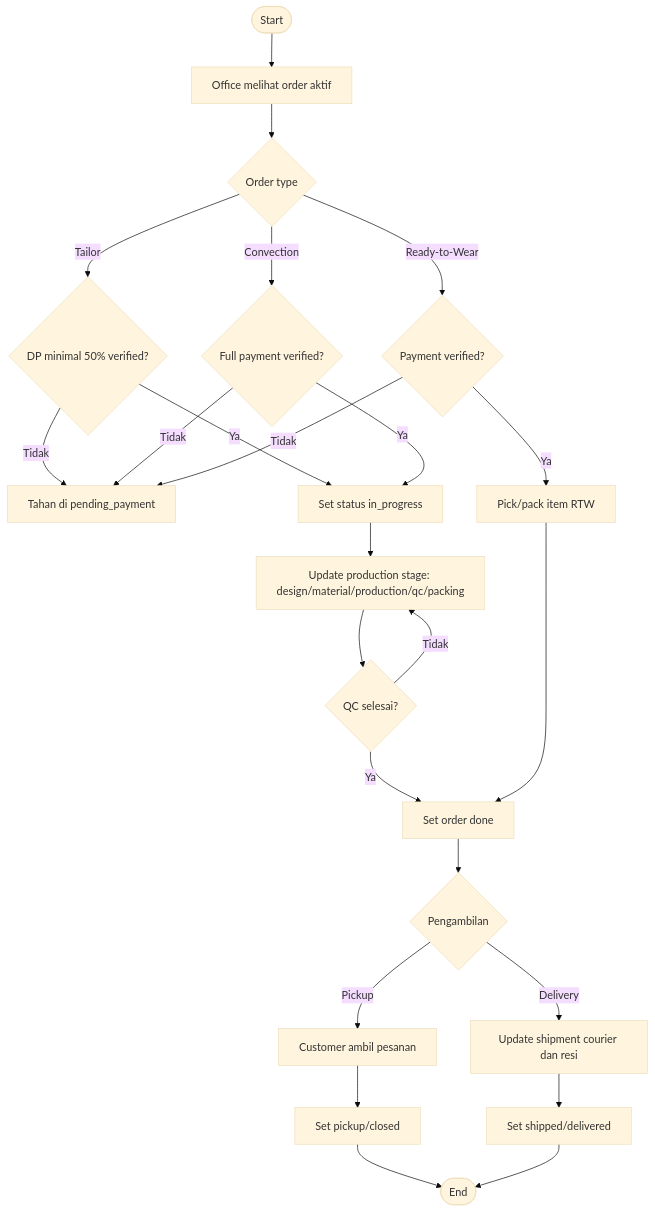
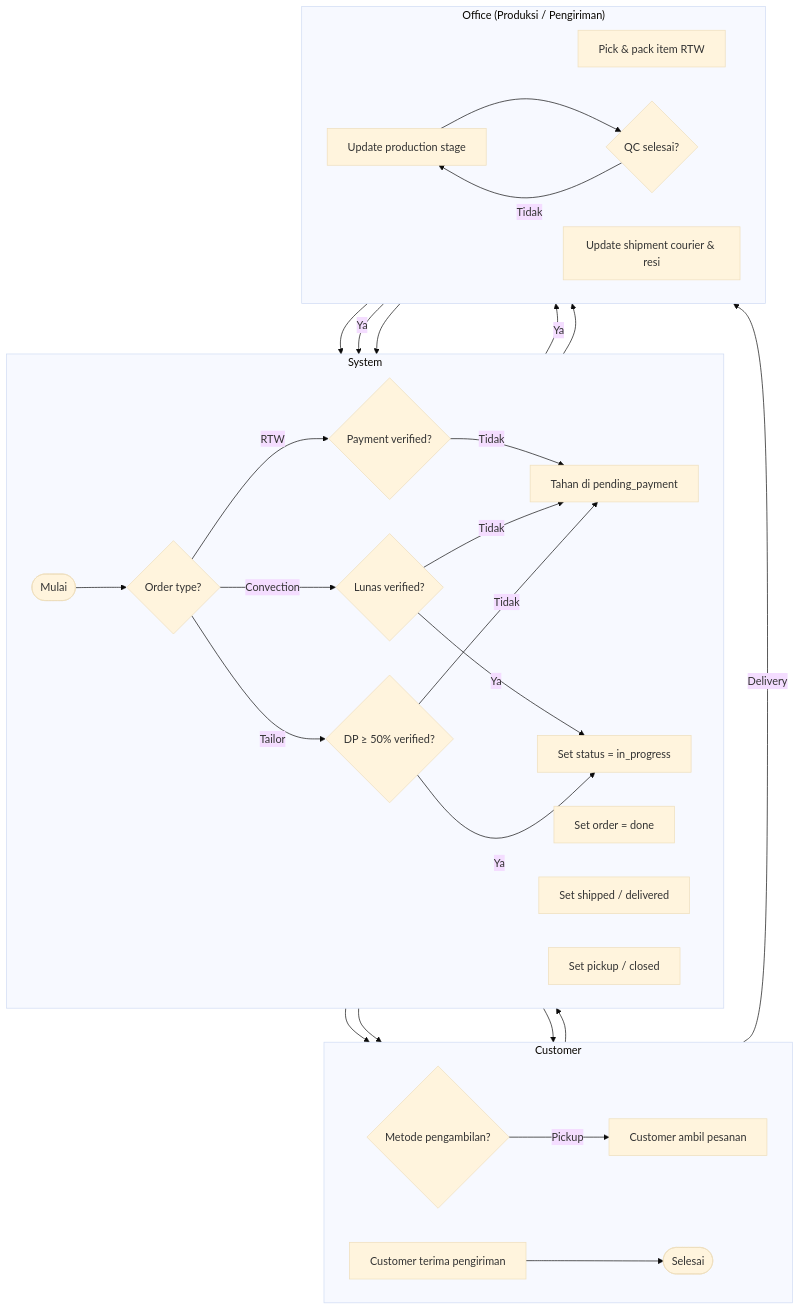
One commit to nabiilnuryassar/djaitin changed diagram 11 of 11 in docs/MVP-APP-UML-AND-USE-CASES.md. Above: the diagram before and after it, drawn with Mermaid (base theme). The commit also changed other lines of this file, not shown here.

First line of the commit message:
docs(uml): konversi activity diagram ke format swimlane Mermaid

````diff
--- a/docs/MVP-APP-UML-AND-USE-CASES.md
+++ b/docs/MVP-APP-UML-AND-USE-CASES.md
@@ -685,26 +727,49 @@
 ```mermaid
-flowchart TD
-    A([Start]) --> B[Office melihat order aktif]
-    B --> C{Order type}
-    C -- Tailor --> D{DP minimal 50% verified?}
-    C -- Convection --> E{Full payment verified?}
-    C -- Ready-to-Wear --> F{Payment verified?}
-    D -- Tidak --> G[Tahan di pending_payment]
-    E -- Tidak --> G
-    F -- Tidak --> G
-    D -- Ya --> H[Set status in_progress]
-    E -- Ya --> H
-    F -- Ya --> I[Pick/pack item RTW]
-    H --> J[Update production stage: design/material/production/qc/packing]
-    J --> K{QC selesai?}
-    K -- Tidak --> J
-    K -- Ya --> L[Set order done]
-    I --> L
-    L --> M{Pengambilan}
-    M -- Pickup --> N[Customer ambil pesanan]
-    M -- Delivery --> O[Update shipment courier dan resi]
-    N --> P[Set pickup/closed]
-    O --> Q[Set shipped/delivered]
-    P --> R([End])
-    Q --> R
+flowchart TB
+    subgraph CUST["Customer"]
+        direction LR
+        cMode{Metode pengambilan?}
+        cPickup[Customer ambil pesanan]
+        cTerima[Customer terima pengiriman]
+        cEnd([Selesai])
+    end
+
+    subgraph SYS["System"]
+        direction LR
+        sStart([Mulai])
+        sType{Order type?}
+        sTailorPaid{DP &ge; 50% verified?}
+        sConvPaid{Lunas verified?}
+        sRTWPaid{Payment verified?}
+        sHold[Tahan di pending_payment]
+        sInProgress[Set status = in_progress]
+        sDone[Set order = done]
+        sShipped[Set shipped / delivered]
+        sClosed[Set pickup / closed]
+    end
+
+    subgraph OFF["Office (Produksi / Pengiriman)"]
+        direction LR
+        oRTW[Pick & pack item RTW]
+        oStage[Update production stage]
+        oQC{QC selesai?}
+        oShip[Update shipment courier & resi]
+    end
+
+    sStart --> sType
+    sType -- Tailor --> sTailorPaid
+    sType -- Convection --> sConvPaid
+    sType -- RTW --> sRTWPaid
+    sTailorPaid -- Tidak --> sHold
+    sConvPaid -- Tidak --> sHold
+    sRTWPaid -- Tidak --> sHold
+    sTailorPaid -- Ya --> sInProgress
+    sConvPaid -- Ya --> sInProgress
+    sRTWPaid -- Ya --> oRTW --> sDone
+    sInProgress --> oStage --> oQC
+    oQC -- Tidak --> oStage
+    oQC -- Ya --> sDone
+    sDone --> cMode
+    cMode -- Pickup --> cPickup --> sClosed --> cEnd
+    cMode -- Delivery --> oShip --> sShipped --> cTerima --> cEnd
 ```
````
